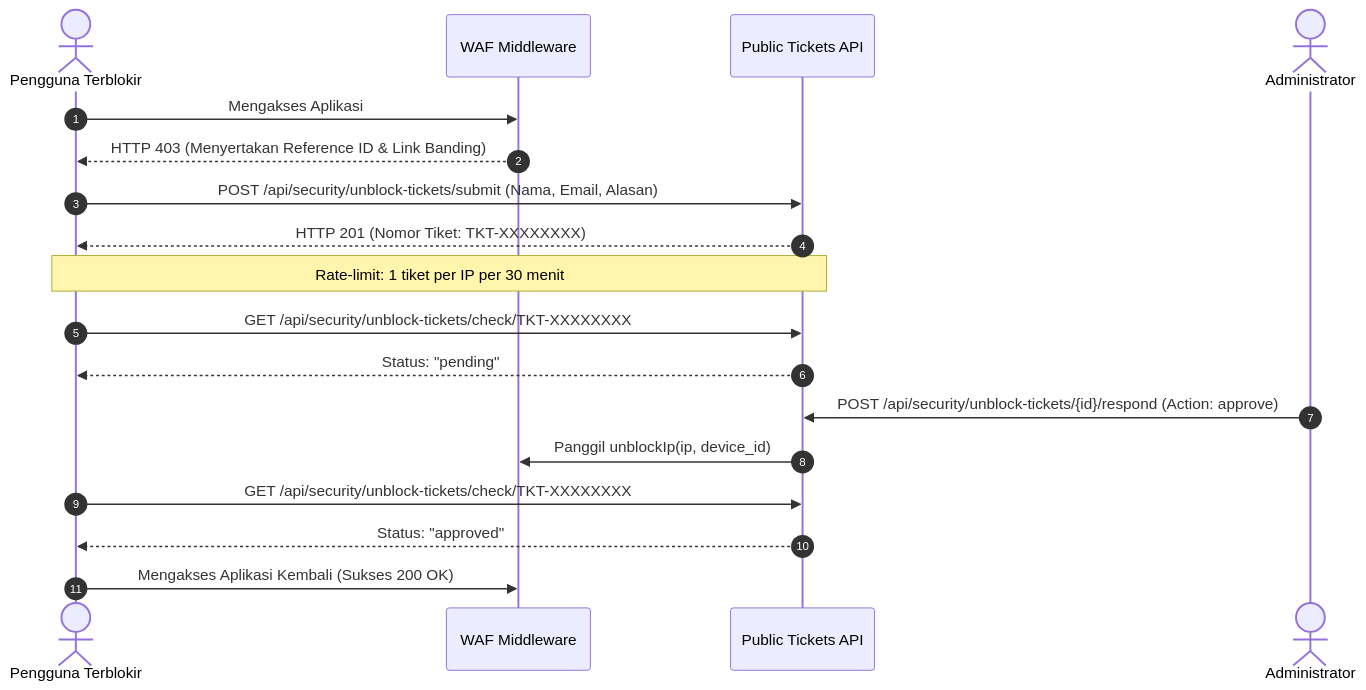
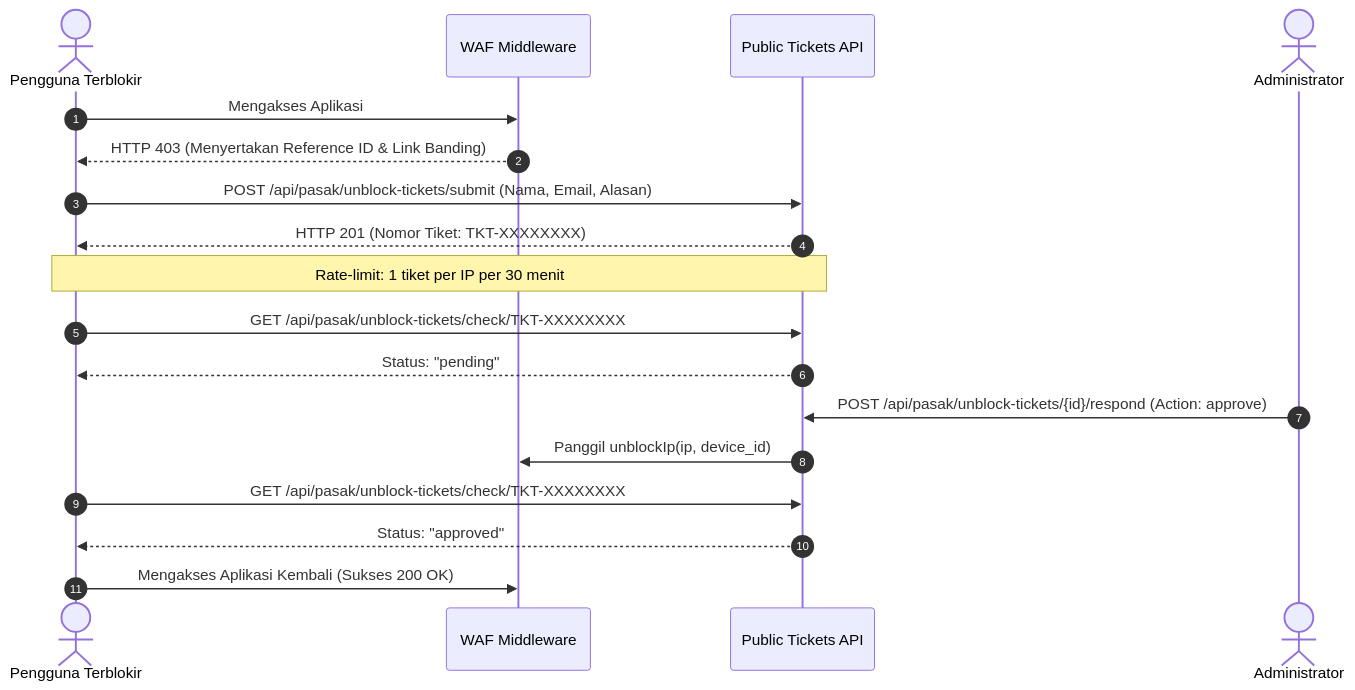
The diagram in documents/03-security-modules/05-appeal-tickets-system.md (robyajo/pasak), drawn with Mermaid before and after one commit. The commit also changed other lines of this file and 13 other files, not shown here.

Commit message:
docs: quote mermaid labels to fix render parse errors

````diff
--- a/documents/03-security-modules/05-appeal-tickets-system.md
+++ b/documents/03-security-modules/05-appeal-tickets-system.md
@@ -11,21 +11,21 @@
 ```mermaid
 sequenceDiagram
     autonumber
     actor User as Pengguna Terblokir
     participant WAF as WAF Middleware
     participant API as Public Tickets API
     actor Admin as Administrator
 
     User->>WAF: Mengakses Aplikasi
     WAF-->>User: HTTP 403 (Menyertakan Reference ID & Link Banding)
-    User->>API: POST /api/security/unblock-tickets/submit (Nama, Email, Alasan)
+    User->>API: POST /api/pasak/unblock-tickets/submit (Nama, Email, Alasan)
     API-->>User: HTTP 201 (Nomor Tiket: TKT-XXXXXXXX)
     Note over User,API: Rate-limit: 1 tiket per IP per 30 menit
-    User->>API: GET /api/security/unblock-tickets/check/TKT-XXXXXXXX
+    User->>API: GET /api/pasak/unblock-tickets/check/TKT-XXXXXXXX
     API-->>User: Status: "pending"
-    Admin->>API: POST /api/security/unblock-tickets/{id}/respond (Action: approve)
+    Admin->>API: POST /api/pasak/unblock-tickets/{id}/respond (Action: approve)
     API->>WAF: Panggil unblockIp(ip, device_id)
-    User->>API: GET /api/security/unblock-tickets/check/TKT-XXXXXXXX
+    User->>API: GET /api/pasak/unblock-tickets/check/TKT-XXXXXXXX
     API-->>User: Status: "approved"
     User->>WAF: Mengakses Aplikasi Kembali (Sukses 200 OK)
 ```
````
